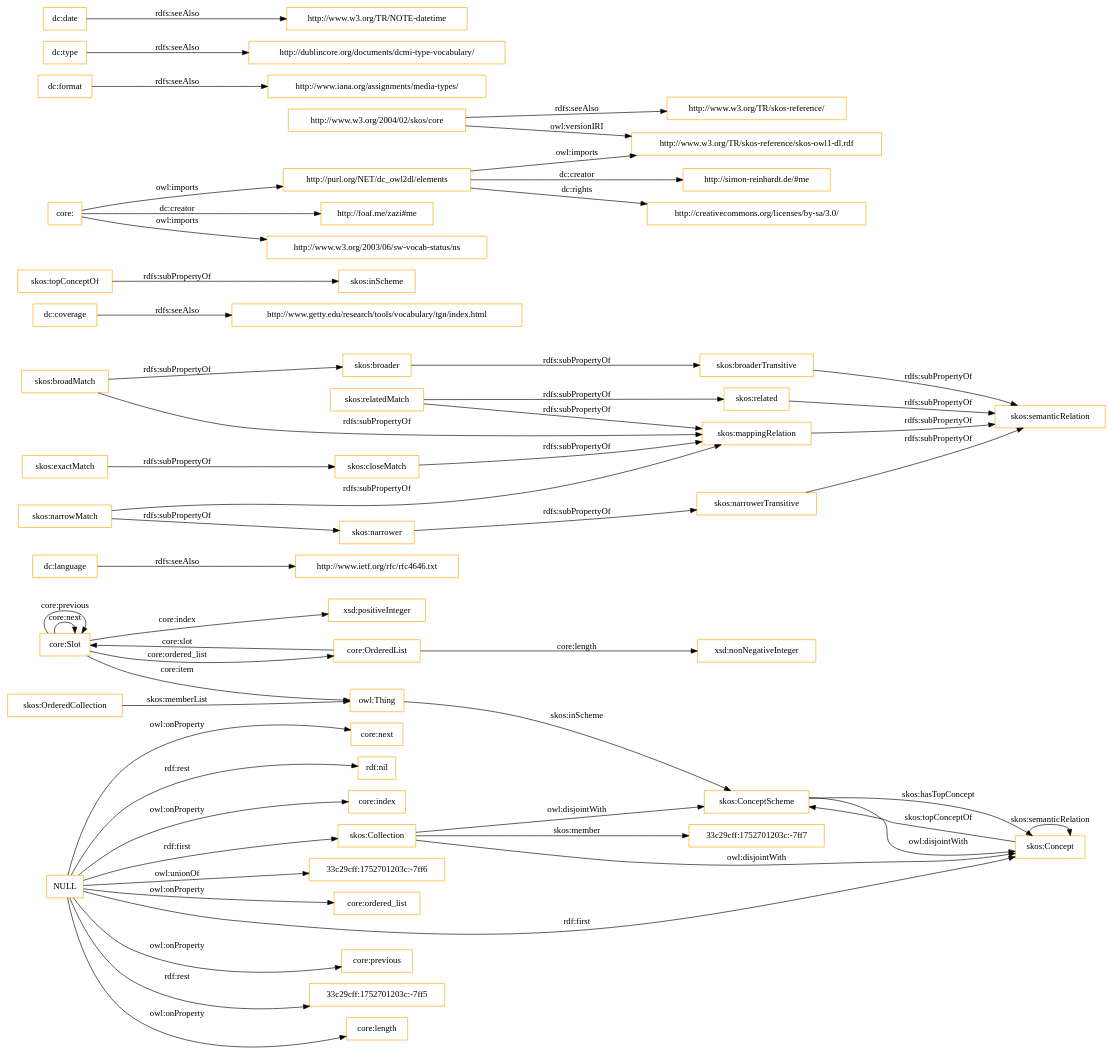
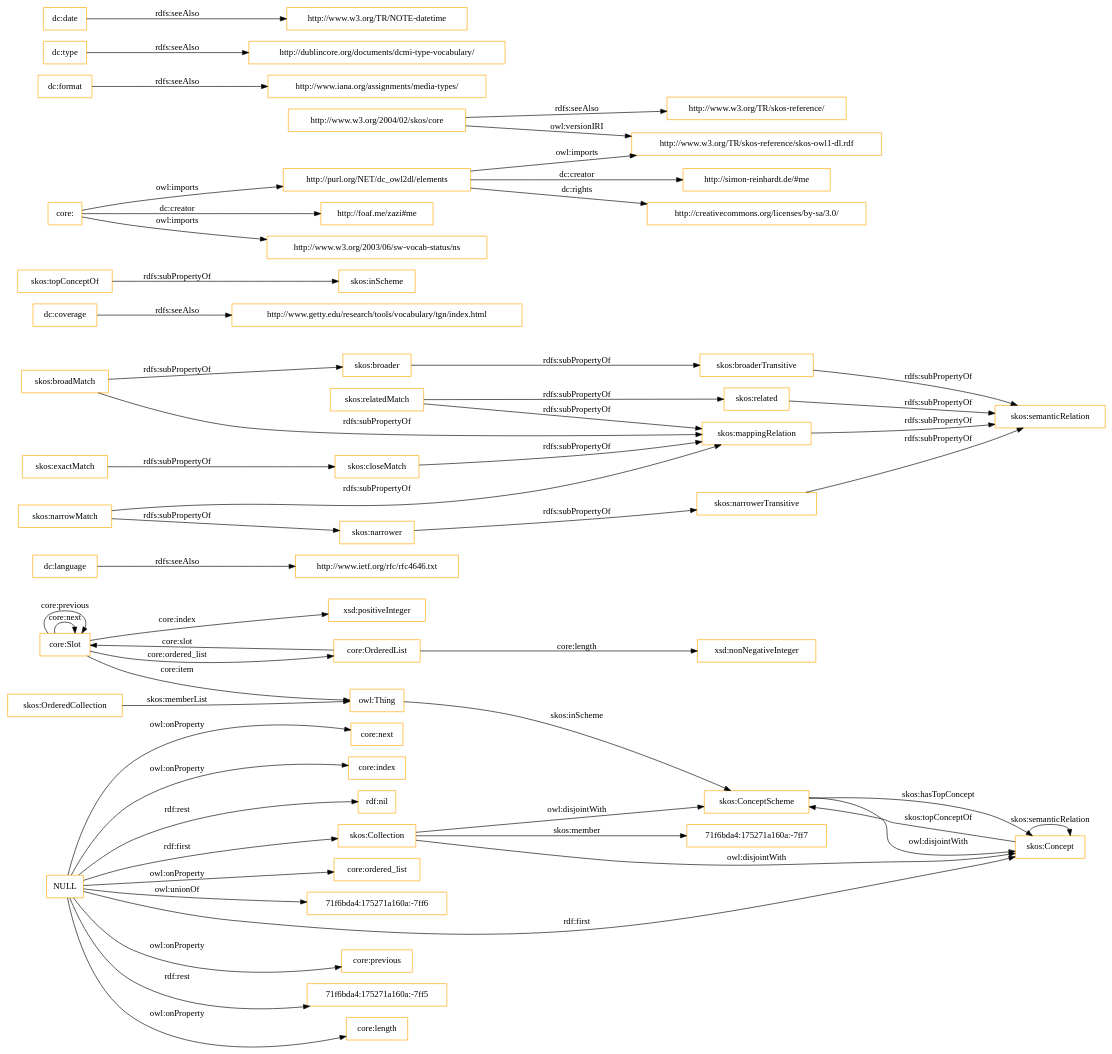
Before and after one commit to OnToologyUser/core-ontology-1: the diagram in OnToology/imports/core.owl/diagrams/ar2dtool-class/core.owl.png.dot, drawn with Graphviz. The commit also changed 14 other files, not shown here.

```diff
--- a/OnToology/imports/core.owl/diagrams/ar2dtool-class/core.owl.png.dot
+++ b/OnToology/imports/core.owl/diagrams/ar2dtool-class/core.owl.png.dot
@@ -1,60 +1,60 @@
 digraph ar2dtool_diagram { 
 rankdir=LR;
 size="1501"
-node [shape = rectangle, color="orange"]; "core:Slot" "core:OrderedList" "33c29cff:1752701203c:-7ff7" "skos:OrderedCollection" "skos:Collection" "skos:ConceptScheme" "skos:Concept" ; /*classes style*/
+node [shape = rectangle, color="orange"]; "core:Slot" "core:OrderedList" "71f6bda4:175271a160a:-7ff7" "skos:OrderedCollection" "skos:Collection" "skos:ConceptScheme" "skos:Concept" ; /*classes style*/
 	"dc:language" -> "http://www.ietf.org/rfc/rfc4646.txt" [ label = "rdfs:seeAlso" ];
 	"NULL" -> "core:previous" [ label = "owl:onProperty" ];
-	"NULL" -> "33c29cff:1752701203c:-7ff5" [ label = "rdf:rest" ];
+	"NULL" -> "71f6bda4:175271a160a:-7ff5" [ label = "rdf:rest" ];
 	"NULL" -> "core:length" [ label = "owl:onProperty" ];
 	"NULL" -> "skos:Concept" [ label = "rdf:first" ];
 	"NULL" -> "core:next" [ label = "owl:onProperty" ];
+	"NULL" -> "core:index" [ label = "owl:onProperty" ];
 	"NULL" -> "rdf:nil" [ label = "rdf:rest" ];
-	"NULL" -> "core:index" [ label = "owl:onProperty" ];
-	"NULL" -> "33c29cff:1752701203c:-7ff6" [ label = "owl:unionOf" ];
 	"NULL" -> "core:ordered_list" [ label = "owl:onProperty" ];
+	"NULL" -> "71f6bda4:175271a160a:-7ff6" [ label = "owl:unionOf" ];
 	"NULL" -> "skos:Collection" [ label = "rdf:first" ];
 	"skos:closeMatch" -> "skos:mappingRelation" [ label = "rdfs:subPropertyOf" ];
 	"dc:coverage" -> "http://www.getty.edu/research/tools/vocabulary/tgn/index.html" [ label = "rdfs:seeAlso" ];
 	"skos:relatedMatch" -> "skos:related" [ label = "rdfs:subPropertyOf" ];
 	"skos:relatedMatch" -> "skos:mappingRelation" [ label = "rdfs:subPropertyOf" ];
 	"skos:ConceptScheme" -> "skos:Concept" [ label = "owl:disjointWith" ];
 	"skos:related" -> "skos:semanticRelation" [ label = "rdfs:subPropertyOf" ];
 	"skos:topConceptOf" -> "skos:inScheme" [ label = "rdfs:subPropertyOf" ];
 	"skos:broadMatch" -> "skos:broader" [ label = "rdfs:subPropertyOf" ];
 	"skos:broadMatch" -> "skos:mappingRelation" [ label = "rdfs:subPropertyOf" ];
 	"http://purl.org/NET/dc_owl2dl/elements" -> "http://www.w3.org/TR/skos-reference/skos-owl1-dl.rdf" [ label = "owl:imports" ];
 	"http://purl.org/NET/dc_owl2dl/elements" -> "http://creativecommons.org/licenses/by-sa/3.0/" [ label = "dc:rights" ];
 	"http://purl.org/NET/dc_owl2dl/elements" -> "http://simon-reinhardt.de/#me" [ label = "dc:creator" ];
 	"skos:exactMatch" -> "skos:closeMatch" [ label = "rdfs:subPropertyOf" ];
 	"dc:format" -> "http://www.iana.org/assignments/media-types/" [ label = "rdfs:seeAlso" ];
 	"core:" -> "http://foaf.me/zazi#me" [ label = "dc:creator" ];
 	"core:" -> "http://www.w3.org/2003/06/sw-vocab-status/ns" [ label = "owl:imports" ];
 	"core:" -> "http://purl.org/NET/dc_owl2dl/elements" [ label = "owl:imports" ];
 	"skos:broaderTransitive" -> "skos:semanticRelation" [ label = "rdfs:subPropertyOf" ];
 	"skos:mappingRelation" -> "skos:semanticRelation" [ label = "rdfs:subPropertyOf" ];
 	"skos:broader" -> "skos:broaderTransitive" [ label = "rdfs:subPropertyOf" ];
 	"dc:type" -> "http://dublincore.org/documents/dcmi-type-vocabulary/" [ label = "rdfs:seeAlso" ];
 	"http://www.w3.org/2004/02/skos/core" -> "http://www.w3.org/TR/skos-reference/skos-owl1-dl.rdf" [ label = "owl:versionIRI" ];
 	"http://www.w3.org/2004/02/skos/core" -> "http://www.w3.org/TR/skos-reference/" [ label = "rdfs:seeAlso" ];
 	"skos:Collection" -> "skos:ConceptScheme" [ label = "owl:disjointWith" ];
 	"skos:Collection" -> "skos:Concept" [ label = "owl:disjointWith" ];
 	"skos:narrowMatch" -> "skos:narrower" [ label = "rdfs:subPropertyOf" ];
 	"skos:narrowMatch" -> "skos:mappingRelation" [ label = "rdfs:subPropertyOf" ];
 	"skos:narrower" -> "skos:narrowerTransitive" [ label = "rdfs:subPropertyOf" ];
 	"dc:date" -> "http://www.w3.org/TR/NOTE-datetime" [ label = "rdfs:seeAlso" ];
 	"skos:narrowerTransitive" -> "skos:semanticRelation" [ label = "rdfs:subPropertyOf" ];
 	"core:Slot" -> "xsd:positiveInteger" [ label = "core:index" ];
 	"skos:Concept" -> "skos:ConceptScheme" [ label = "skos:topConceptOf" ];
 	"core:Slot" -> "owl:Thing" [ label = "core:item" ];
 	"core:OrderedList" -> "xsd:nonNegativeInteger" [ label = "core:length" ];
 	"core:OrderedList" -> "core:Slot" [ label = "core:slot" ];
-	"skos:Collection" -> "33c29cff:1752701203c:-7ff7" [ label = "skos:member" ];
+	"skos:Collection" -> "71f6bda4:175271a160a:-7ff7" [ label = "skos:member" ];
 	"core:Slot" -> "core:Slot" [ label = "core:next" ];
 	"skos:ConceptScheme" -> "skos:Concept" [ label = "skos:hasTopConcept" ];
 	"owl:Thing" -> "skos:ConceptScheme" [ label = "skos:inScheme" ];
 	"core:Slot" -> "core:Slot" [ label = "core:previous" ];
 	"skos:OrderedCollection" -> "owl:Thing" [ label = "skos:memberList" ];
 	"skos:Concept" -> "skos:Concept" [ label = "skos:semanticRelation" ];
 	"core:Slot" -> "core:OrderedList" [ label = "core:ordered_list" ];
 
 }
```
